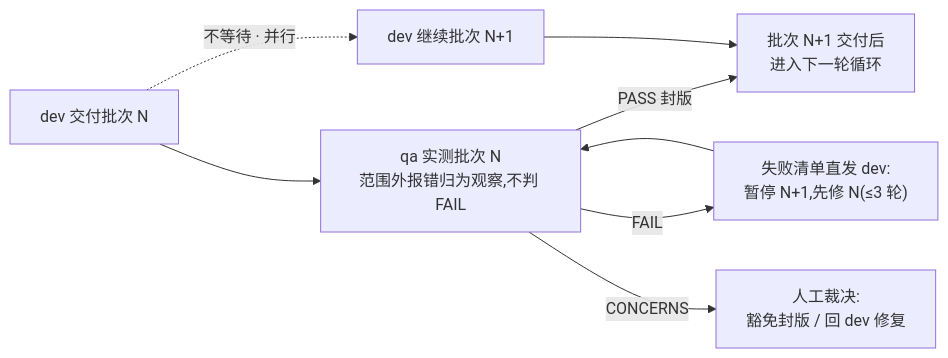
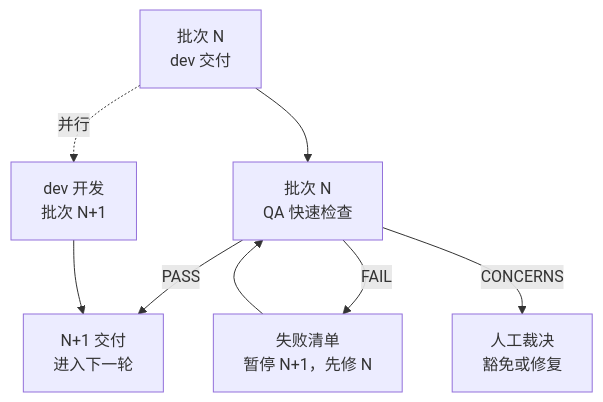
One commit to wzm111/pipeline-standard changed the second of 2 diagrams in README.md. Above: the diagram before and after it, drawn with Mermaid. The commit also changed other lines of this file, not shown here.

Commit message:
docs(README): 修复流程图 mermaid 渲染——换行符与节点文案精简

````diff
--- a/README.md
+++ b/README.md
@@ -50,10 +50,10 @@
 ```mermaid
-flowchart LR
-    D1["dev 交付批次 N"] --> QA["qa 实测批次 N<br>范围外报错归为观察,不判 FAIL"]
-    D1 -. "不等待 · 并行" .-> D2["dev 继续批次 N+1"]
-    QA -- "PASS 封版" --> NEXT["批次 N+1 交付后<br>进入下一轮循环"]
+flowchart TD
+    D1["批次 N<br/>dev 交付"] --> QA["批次 N<br/>QA 快速检查"]
+    D1 -. "并行" .-> D2["dev 开发<br/>批次 N+1"]
+    QA -- "PASS" --> NEXT["N+1 交付<br/>进入下一轮"]
     D2 --> NEXT
-    QA -- "FAIL" --> FIX["失败清单直发 dev:<br>暂停 N+1,先修 N(≤3 轮)"]
+    QA -- "FAIL" --> FIX["失败清单<br/>暂停 N+1，先修 N"]
     FIX --> QA
-    QA -- "CONCERNS" --> HU["人工裁决:<br>豁免封版 / 回 dev 修复"]
+    QA -- "CONCERNS" --> HU["人工裁决<br/>豁免或修复"]
 ```
````
